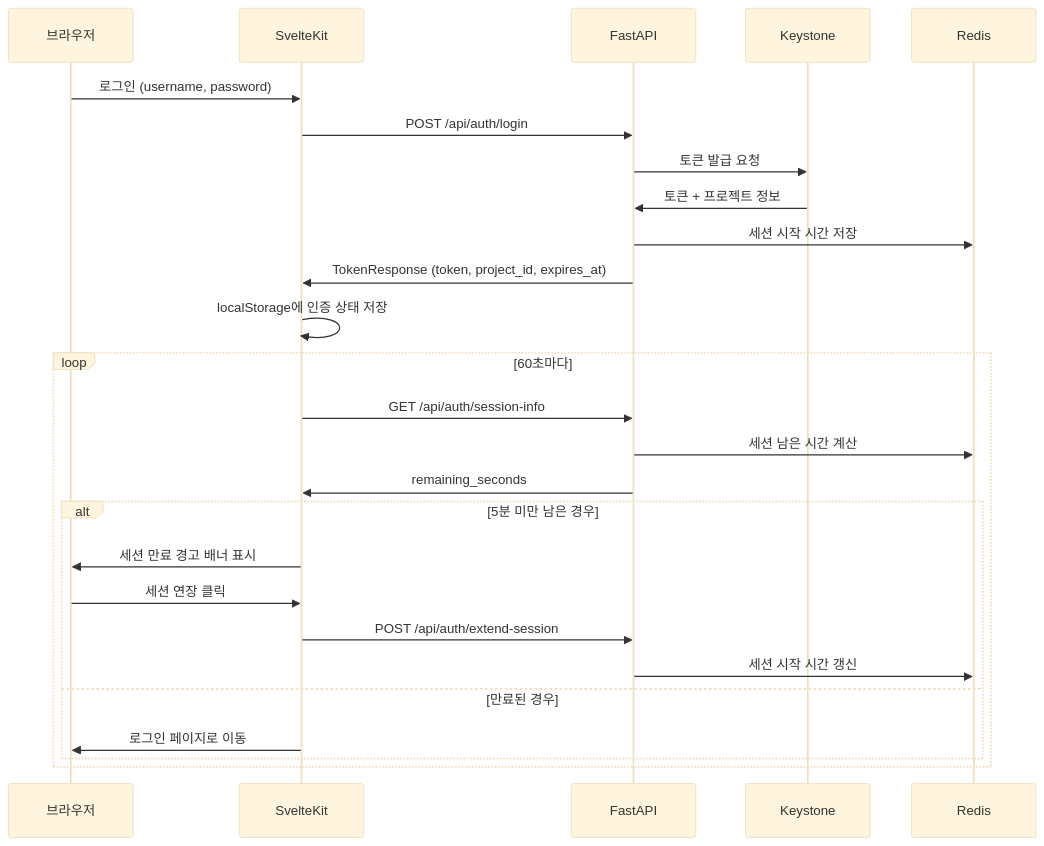
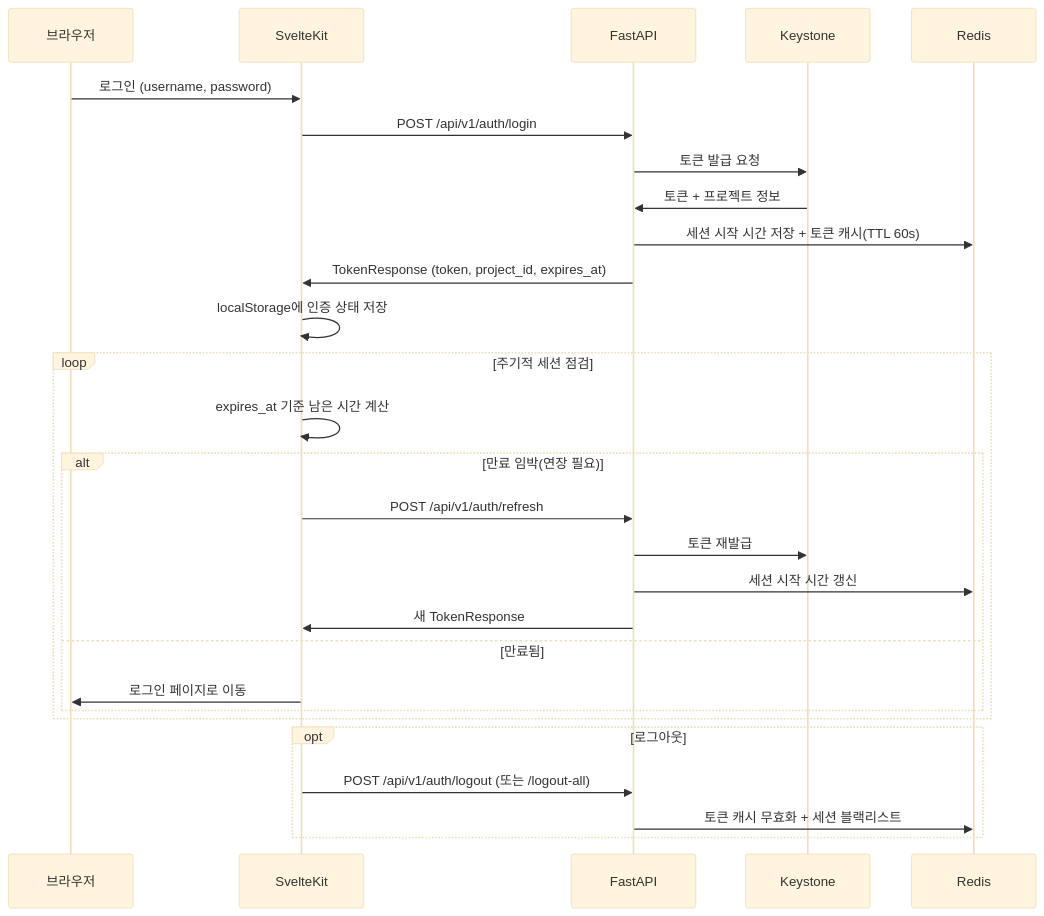
One commit to jung-geun/openstack-afterglow changed the third of 5 diagrams in docs/architecture.md. Above: the diagram before and after it, drawn with Mermaid (base theme). The commit also changed other lines of this file and 663 other files, not shown here.

````diff
--- a/docs/architecture.md
+++ b/docs/architecture.md
@@ -141,31 +157,33 @@
 ```mermaid
 sequenceDiagram
     participant B as 브라우저
     participant F as SvelteKit
     participant API as FastAPI
     participant KS as Keystone
     participant Redis as Redis
 
     B->>F: 로그인 (username, password)
-    F->>API: POST /api/auth/login
+    F->>API: POST /api/v1/auth/login
     API->>KS: 토큰 발급 요청
     KS->>API: 토큰 + 프로젝트 정보
-    API->>Redis: 세션 시작 시간 저장
+    API->>Redis: 세션 시작 시간 저장 + 토큰 캐시(TTL 60s)
     API->>F: TokenResponse (token, project_id, expires_at)
     F->>F: localStorage에 인증 상태 저장
 
-    loop 60초마다
-        F->>API: GET /api/auth/session-info
-        API->>Redis: 세션 남은 시간 계산
-        API->>F: remaining_seconds
-
-        alt 5분 미만 남은 경우
-            F->>B: 세션 만료 경고 배너 표시
-            B->>F: 세션 연장 클릭
-            F->>API: POST /api/auth/extend-session
+    loop 주기적 세션 점검
+        F->>F: expires_at 기준 남은 시간 계산
+        alt 만료 임박(연장 필요)
+            F->>API: POST /api/v1/auth/refresh
+            API->>KS: 토큰 재발급
             API->>Redis: 세션 시작 시간 갱신
-        else 만료된 경우
+            API->>F: 새 TokenResponse
+        else 만료됨
             F->>B: 로그인 페이지로 이동
         end
     end
+
+    opt 로그아웃
+        F->>API: POST /api/v1/auth/logout (또는 /logout-all)
+        API->>Redis: 토큰 캐시 무효화 + 세션 블랙리스트
+    end
 ```
````
